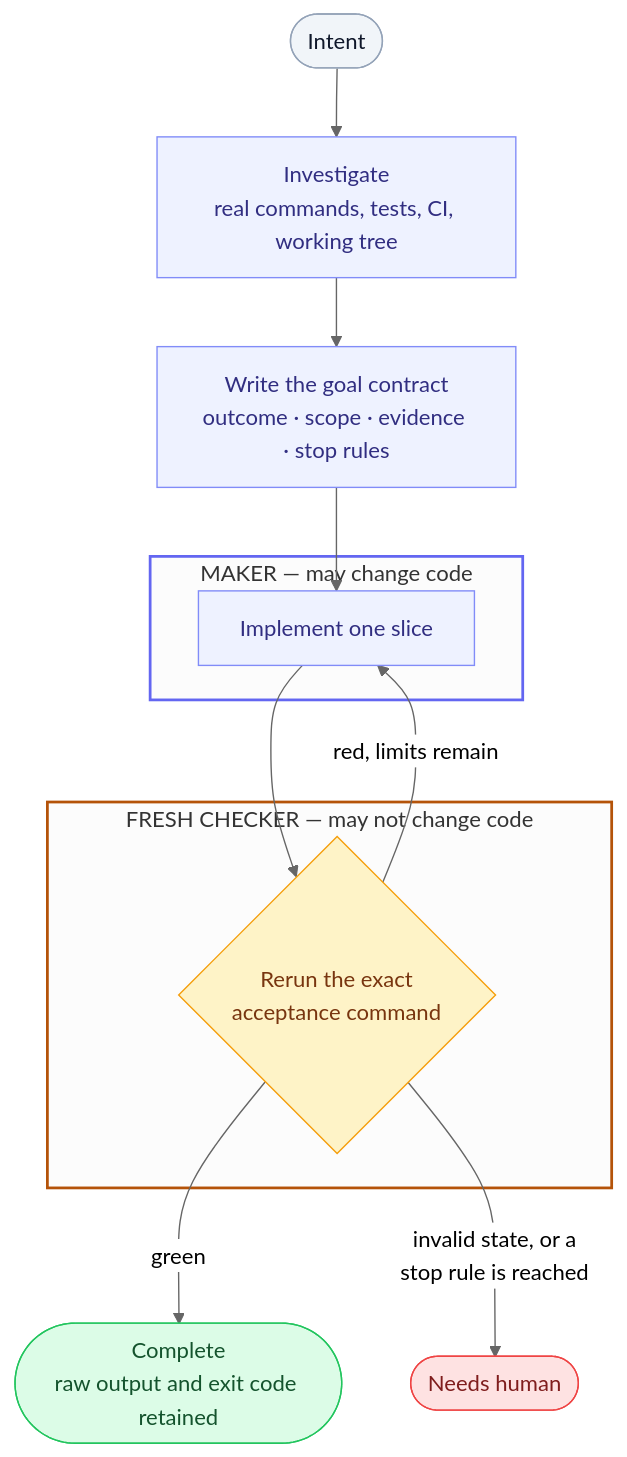
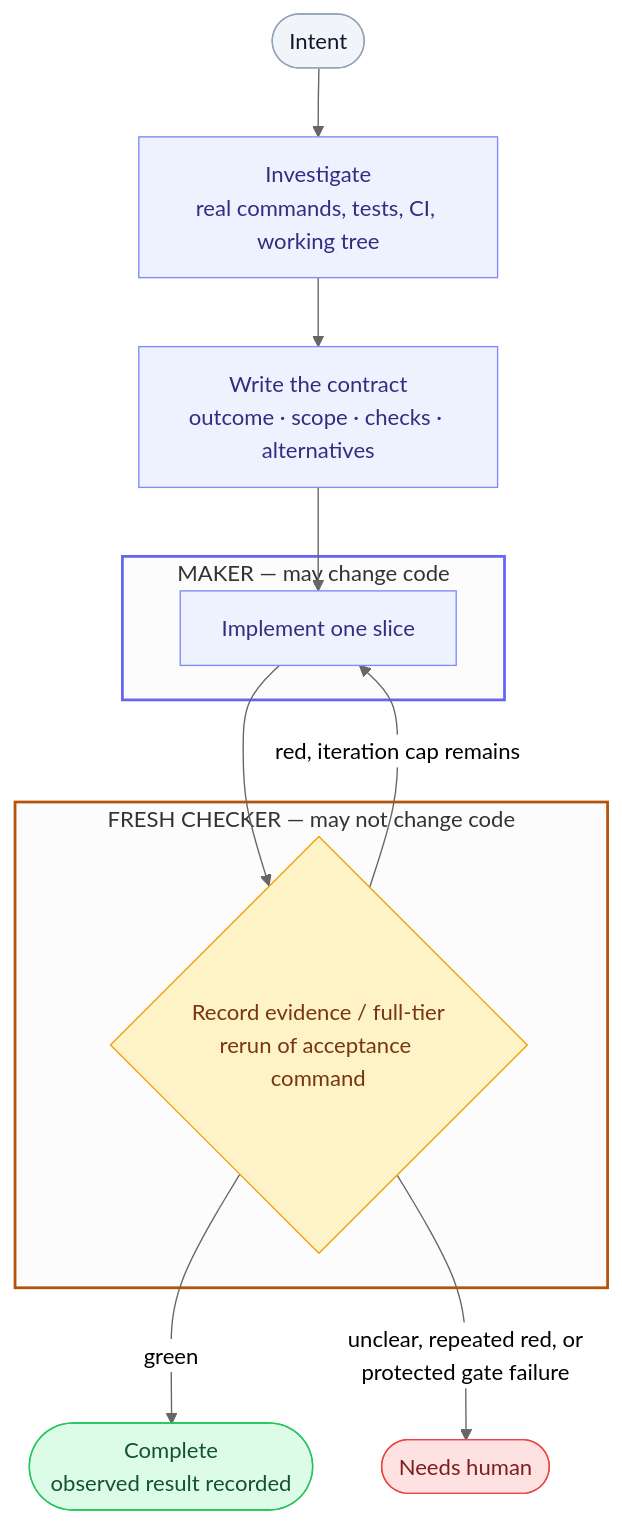
Before and after one commit to iliaim/writing-goals: the diagram in README.md, drawn with Mermaid (neutral theme). The commit also changed other lines of this file and 39 other files, not shown here.

Commit message:
fix: harden goal planning and gate contracts

````diff
--- a/README.md
+++ b/README.md
@@ -29,39 +30,38 @@
 ```mermaid
 flowchart TD
     accTitle: Goal execution loop
     accDescr {
-      Intent leads to investigation and a written goal contract. A maker implements one slice.
-      A fresh checker reruns the exact acceptance command. Green completes with retained raw
-      output and exit code. Red within remaining limits returns to the maker. Invalid state or
-      a reached stop rule needs a human.
+      Intent leads to investigation and a written contract. A maker implements one slice.
+      Lightweight work records the observed result; full-tier checking reruns the exact command.
+      Repeated red, unclear scope, or protected lifecycle failure needs a human.
     }
     A(["Intent"]) --> B["Investigate<br/>real commands, tests, CI, working tree"]
-    B --> C["Write the goal contract<br/>outcome · scope · evidence · stop rules"]
+    B --> C["Write the contract<br/>outcome · scope · checks · alternatives"]
 
     subgraph maker ["MAKER — may change code"]
         D["Implement one slice"]
     end
 
     subgraph checker ["FRESH CHECKER — may not change code"]
-        E{"Rerun the exact<br/>acceptance command"}
+    E{"Record evidence / full-tier<br/>rerun of acceptance command"}
     end
 
     C --> D
     D --> E
-    E -->|green| F(["Complete<br/>raw output and exit code retained"])
-    E -->|"red, limits remain"| D
-    E -->|"invalid state, or a<br/>stop rule is reached"| G(["Needs human"])
+    E -->|green| F(["Complete<br/>observed result recorded"])
+    E -->|"red, iteration cap remains"| D
+    E -->|"unclear, repeated red, or<br/>protected gate failure"| G(["Needs human"])
 
     style maker stroke:#6366f1,stroke-width:2px
     style checker stroke:#b45309,stroke-width:2px
     classDef entry fill:#f1f5f9,stroke:#94a3b8,color:#0f172a
     classDef step fill:#eef2ff,stroke:#818cf8,color:#312e81
     classDef check fill:#fef3c7,stroke:#f59e0b,color:#78350f
     classDef done fill:#dcfce7,stroke:#22c55e,color:#14532d
     classDef halt fill:#fee2e2,stroke:#ef4444,color:#7f1d1d
     class A entry
     class B,C,D step
     class E check
     class F done
     class G halt
 ```
````
